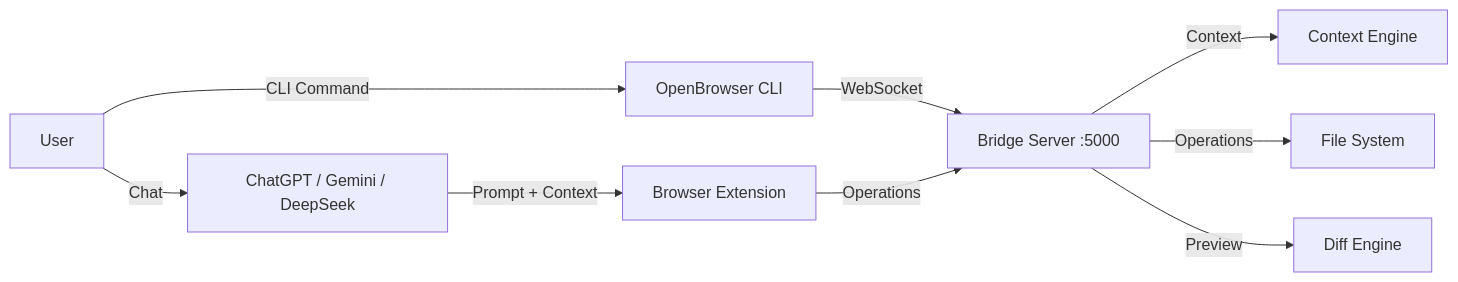
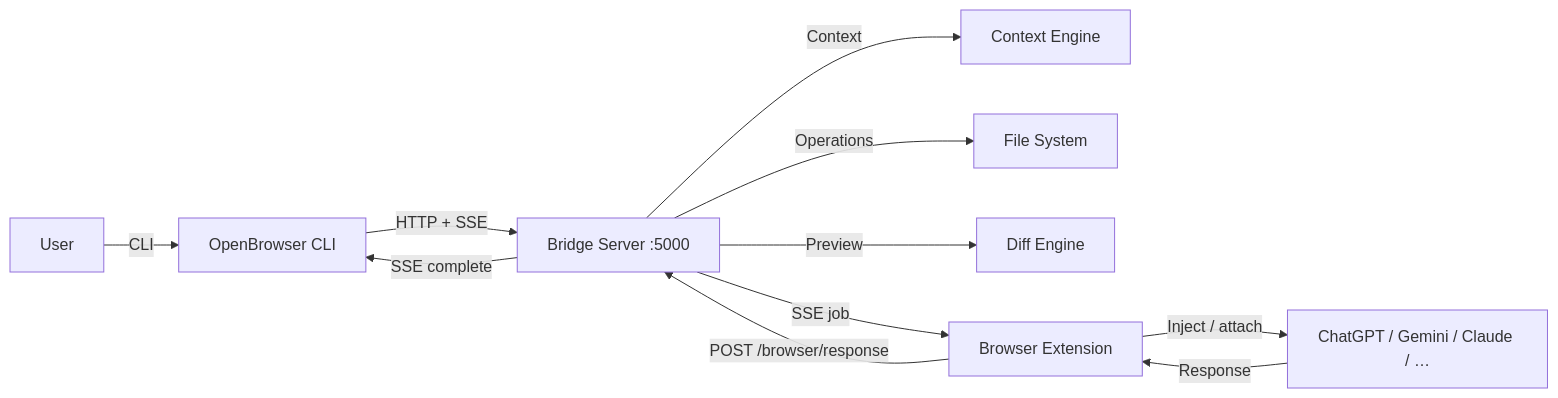
Before and after one commit to 1129Aliasgar/OpenBrowser: the diagram in pid.md, drawn with Mermaid. The commit also changed other lines of this file and 23 other files, not shown here.

````diff
--- a/pid.md
+++ b/pid.md
@@ -103,12 +77,14 @@
 ```mermaid
 graph LR
-    User -->|CLI Command| CLI[OpenBrowser CLI]
-    CLI -->|WebSocket| Server[Bridge Server :5000]
+    User -->|CLI| CLI[OpenBrowser CLI]
+    CLI -->|HTTP + SSE| Server[Bridge Server :5000]
     Server -->|Context| Context[Context Engine]
     Server -->|Operations| FS[File System]
     Server -->|Preview| Diff[Diff Engine]
-    
-    User -->|Chat| AI[ChatGPT / Gemini / DeepSeek]
-    AI -->|Prompt + Context| Browser[Browser Extension]
-    Browser -->|Operations| Server
+
+    Server -->|SSE job| Ext[Browser Extension]
+    Ext -->|Inject / attach| AI[ChatGPT / Gemini / Claude / …]
+    AI -->|Response| Ext
+    Ext -->|POST /browser/response| Server
+    Server -->|SSE complete| CLI
 ```
````
